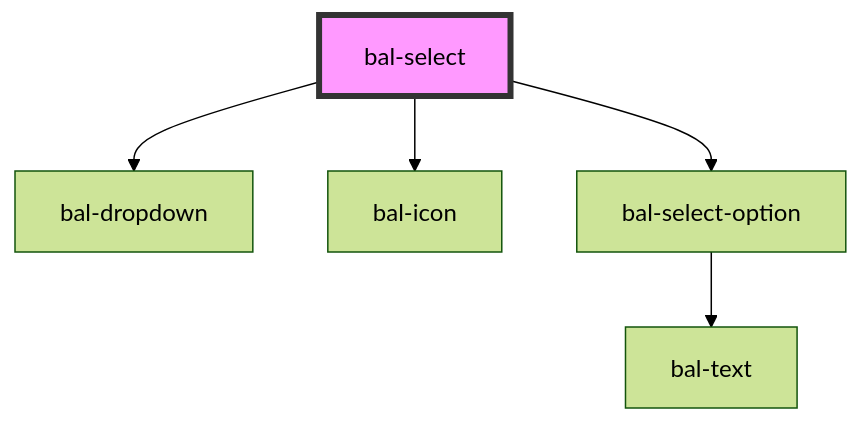
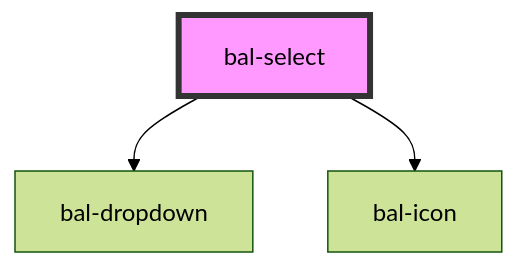
The diagram in packages/library/src/components/bal-select/readme.md (baloise/ui-library-next), drawn with Mermaid (forest theme) before and after one commit. The commit also changed other lines of this file and 16 other files, not shown here.

````diff
--- a/packages/library/src/components/bal-select/readme.md
+++ b/packages/library/src/components/bal-select/readme.md
@@ -112,8 +118,6 @@
 ```mermaid
 graph TD;
   bal-select --> bal-dropdown
   bal-select --> bal-icon
-  bal-select --> bal-select-option
-  bal-select-option --> bal-text
   style bal-select fill:#f9f,stroke:#333,stroke-width:4px
 ```
````
